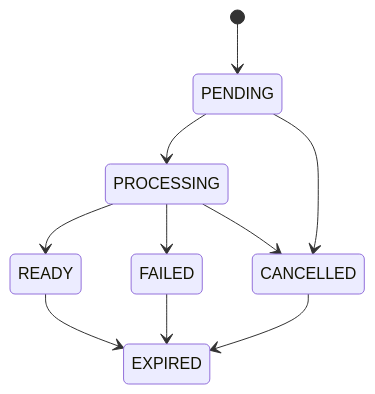
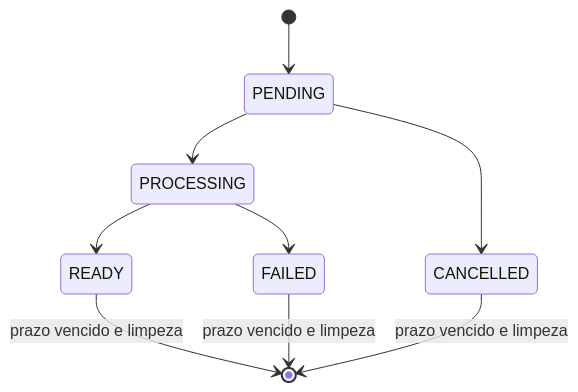
One commit to rodrigogml/rinosOne changed the first of 2 diagrams in docs/specs/rinos-drive/data-model.md. Above: the diagram before and after it, drawn with Mermaid. The commit also changed other lines of this file and 275 other files, not shown here.

````diff
--- a/docs/specs/rinos-drive/data-model.md
+++ b/docs/specs/rinos-drive/data-model.md
@@ -50,12 +50,11 @@
 ```mermaid
 stateDiagram-v2
     [*] --> PENDING
     PENDING --> PROCESSING
+    PENDING --> CANCELLED
     PROCESSING --> READY
     PROCESSING --> FAILED
-    PENDING --> CANCELLED
-    PROCESSING --> CANCELLED
-    READY --> EXPIRED
-    FAILED --> EXPIRED
-    CANCELLED --> EXPIRED
+    READY --> [*]: prazo vencido e limpeza
+    FAILED --> [*]: prazo vencido e limpeza
+    CANCELLED --> [*]: prazo vencido e limpeza
 ```
````
